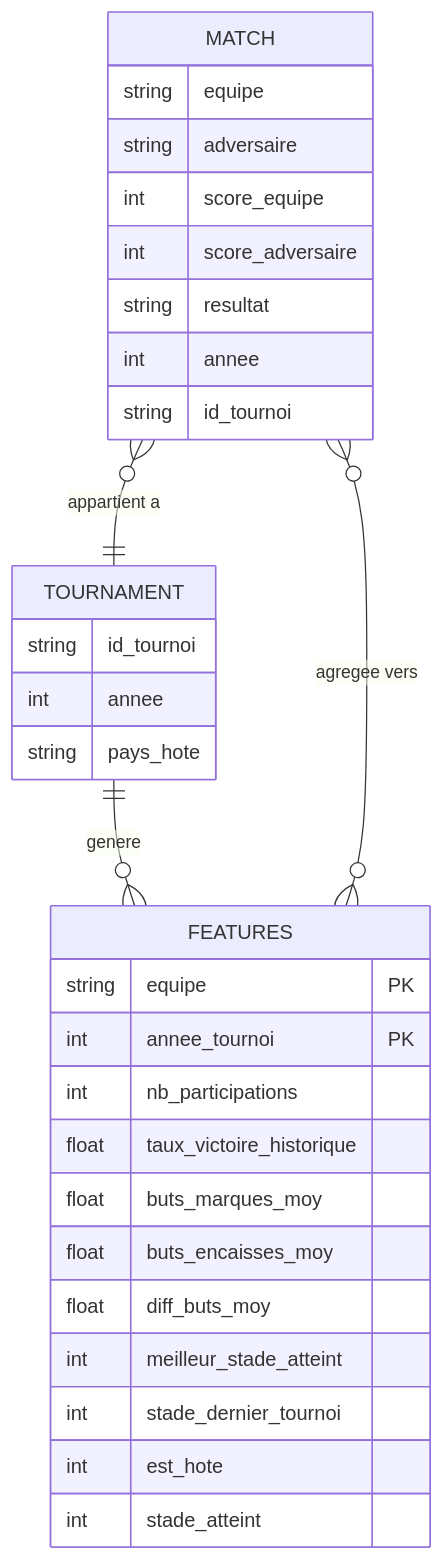
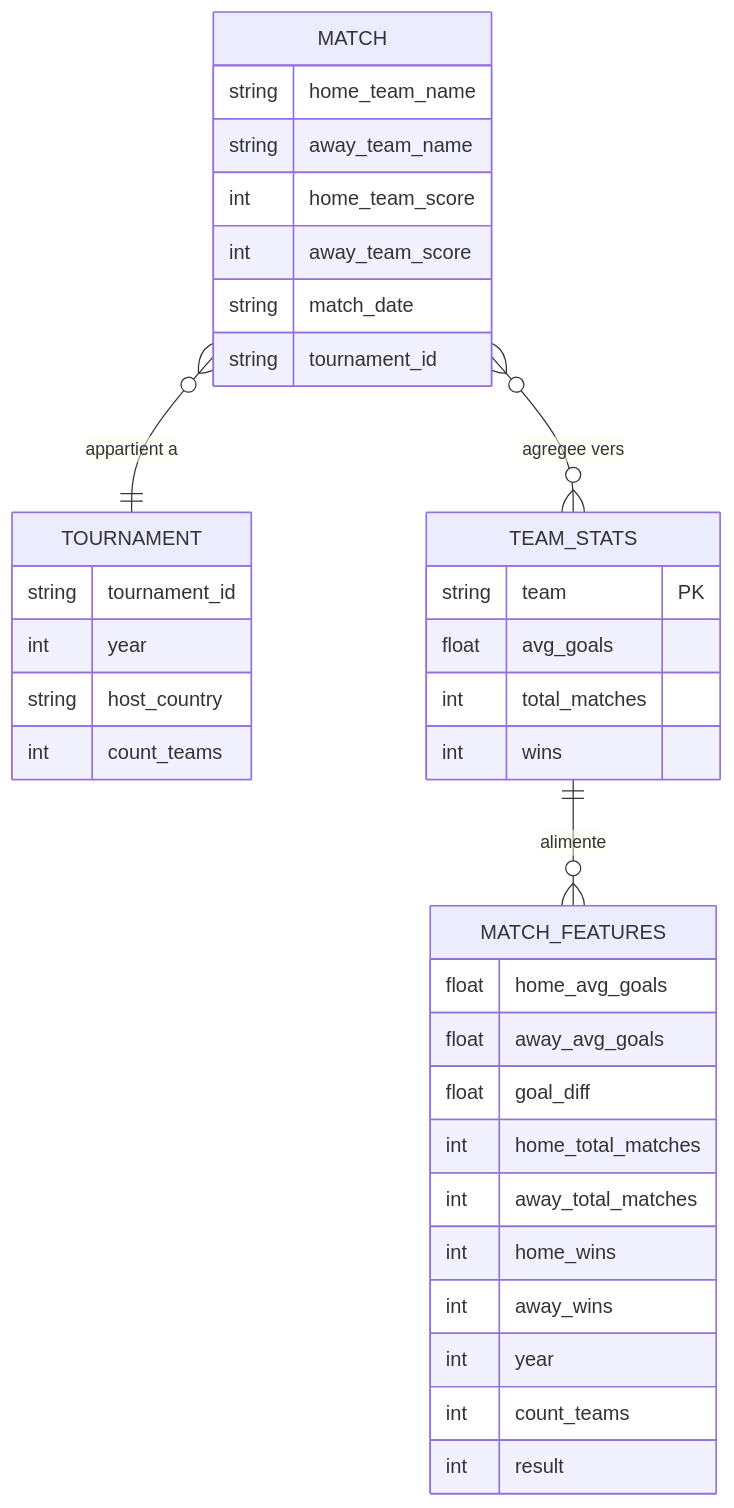
Before and after one commit to quentinete2/Data_ai_Foot_Quentin_Thibaud: the first of 2 diagrams in Ressources/2.spec/01_etl_pipeline.md, drawn with Mermaid. The commit also changed other lines of this file and 11 other files, not shown here.

````diff
--- a/Ressources/2.spec/01_etl_pipeline.md
+++ b/Ressources/2.spec/01_etl_pipeline.md
@@ -58,36 +80,42 @@
 ```mermaid
 erDiagram
     MATCH {
-        string equipe
-        string adversaire
-        int score_equipe
-        int score_adversaire
-        string resultat
-        int annee
-        string id_tournoi
+        string home_team_name
+        string away_team_name
+        int home_team_score
+        int away_team_score
+        string match_date
+        string tournament_id
     }
 
     TOURNAMENT {
-        string id_tournoi
-        int annee
-        string pays_hote
+        string tournament_id
+        int year
+        string host_country
+        int count_teams
     }
 
-    FEATURES {
-        string equipe PK
-        int annee_tournoi PK
-        int nb_participations
-        float taux_victoire_historique
-        float buts_marques_moy
-        float buts_encaisses_moy
-        float diff_buts_moy
-        int meilleur_stade_atteint
-        int stade_dernier_tournoi
-        int est_hote
-        int stade_atteint
+    TEAM_STATS {
+        string team PK
+        float avg_goals
+        int total_matches
+        int wins
+    }
+
+    MATCH_FEATURES {
+        float home_avg_goals
+        float away_avg_goals
+        float goal_diff
+        int home_total_matches
+        int away_total_matches
+        int home_wins
+        int away_wins
+        int year
+        int count_teams
+        int result
     }
 
     MATCH }o--|| TOURNAMENT : "appartient a"
-    TOURNAMENT ||--o{ FEATURES : "genere"
-    MATCH }o--o{ FEATURES : "agregee vers"
+    MATCH }o--o{ TEAM_STATS : "agregee vers"
+    TEAM_STATS ||--o{ MATCH_FEATURES : "alimente"
 ```
````
